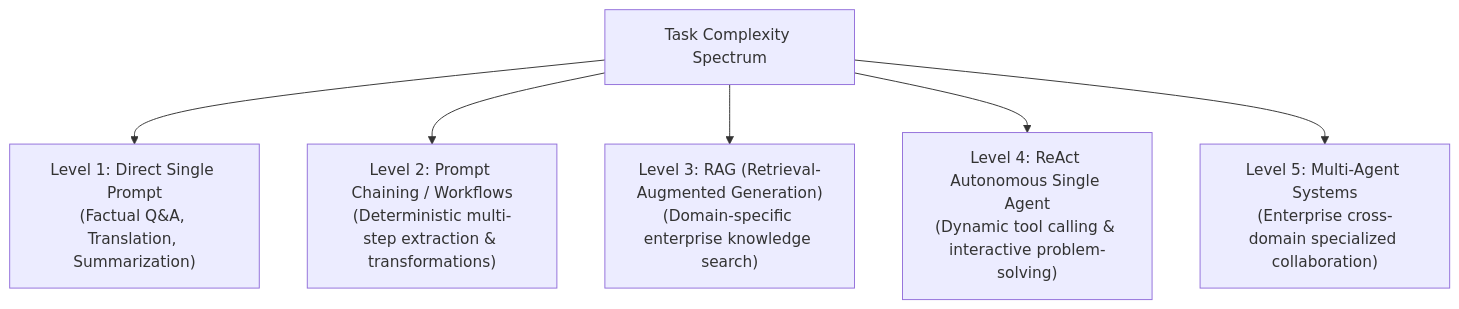
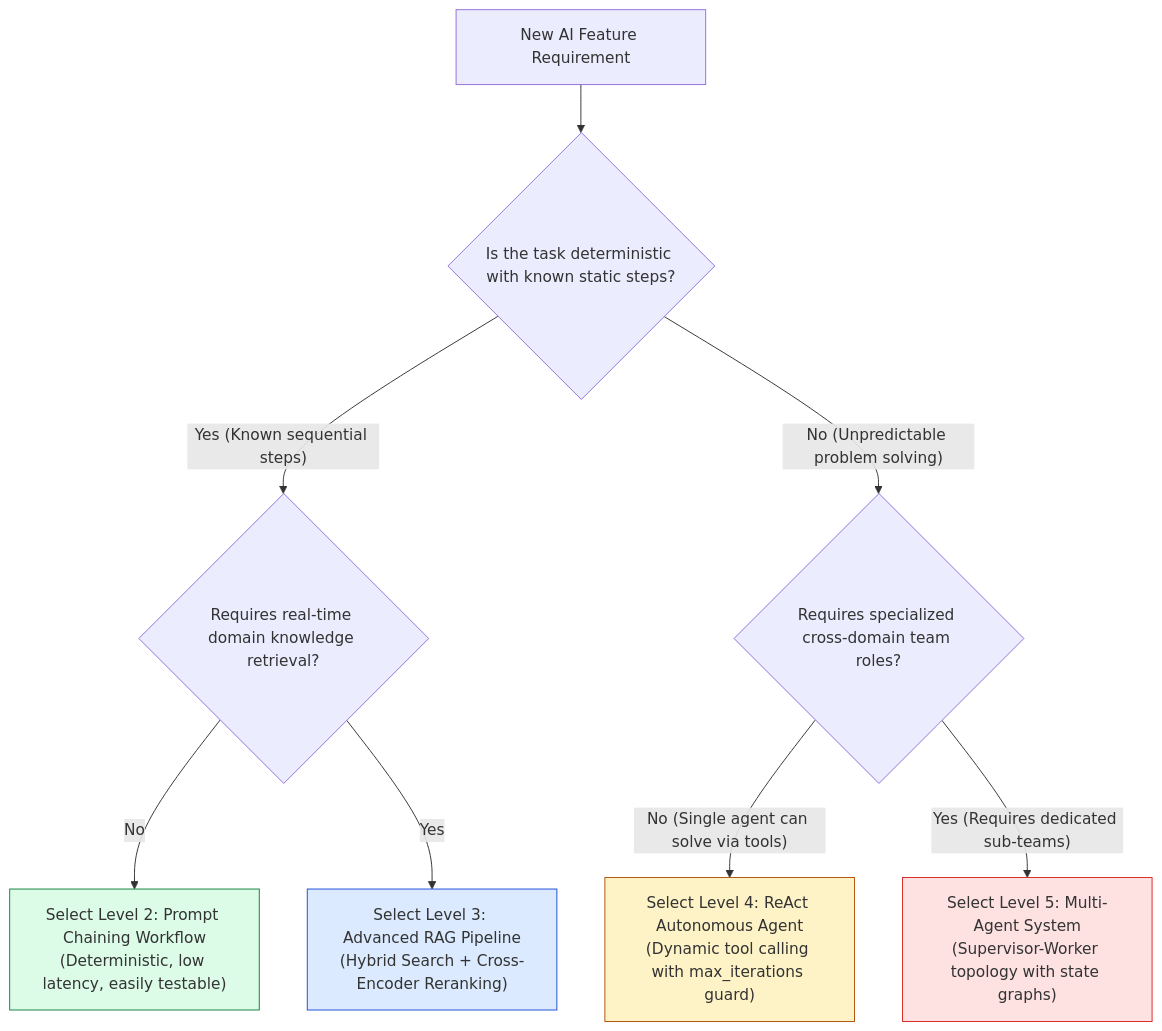
Before and after one commit to Amie-dev/engineering-playbook: the second of 3 diagrams in agentic-ai-notes/00-foundations/18-decision-framework.md, drawn with Mermaid. The commit also changed other lines of this file and 17 other files, not shown here.

Commit message:
Refactor observability and tracing documentation to enhance clarity and detail; expand Model Context Protocol (MCP) architecture with JSON-RPC primitives; update decision framework to emphasize architectural complexity and decision-making processes.

````diff
--- a/agentic-ai-notes/00-foundations/18-decision-framework.md
+++ b/agentic-ai-notes/00-foundations/18-decision-framework.md
@@ -10,8 +34,18 @@
 ```mermaid
-graph TD
-    Complexity[Task Complexity Spectrum] --> Level1["Level 1: Direct Single Prompt<br/>(Factual Q&A, Translation, Summarization)"]
-    Complexity --> Level2["Level 2: Prompt Chaining / Workflows<br/>(Deterministic multi-step extraction & transformations)"]
-    Complexity --> Level3["Level 3: RAG (Retrieval-Augmented Generation)<br/>(Domain-specific enterprise knowledge search)"]
-    Complexity --> Level4["Level 4: ReAct Autonomous Single Agent<br/>(Dynamic tool calling & interactive problem-solving)"]
-    Complexity --> Level5["Level 5: Multi-Agent Systems<br/>(Enterprise cross-domain specialized collaboration)"]
+flowchart TD
+    Start[New AI Feature Requirement] --> Q1{Is the task deterministic with known static steps?}
+
+    Q1 -- "Yes (Known sequential steps)" --> Q2{Requires real-time domain knowledge retrieval?}
+    Q1 -- "No (Unpredictable problem solving)" --> Q3{Requires specialized cross-domain team roles?}
+
+    Q2 -- "No" --> PatternL2["Select Level 2: Prompt Chaining Workflow<br/>(Deterministic, low latency, easily testable)"]
+    Q2 -- "Yes" --> PatternL3["Select Level 3: Advanced RAG Pipeline<br/>(Hybrid Search + Cross-Encoder Reranking)"]
+
+    Q3 -- "No (Single agent can solve via tools)" --> PatternL4["Select Level 4: ReAct Autonomous Agent<br/>(Dynamic tool calling with max_iterations guard)"]
+    Q3 -- "Yes (Requires dedicated sub-teams)" --> PatternL5["Select Level 5: Multi-Agent System<br/>(Supervisor-Worker topology with state graphs)"]
+
+    style PatternL2 fill:#dcfce7,stroke:#15803d
+    style PatternL3 fill:#dbeafe,stroke:#1d4ed8
+    style PatternL4 fill:#fef3c7,stroke:#b45309
+    style PatternL5 fill:#fee2e2,stroke:#dc2626
 ```
````
